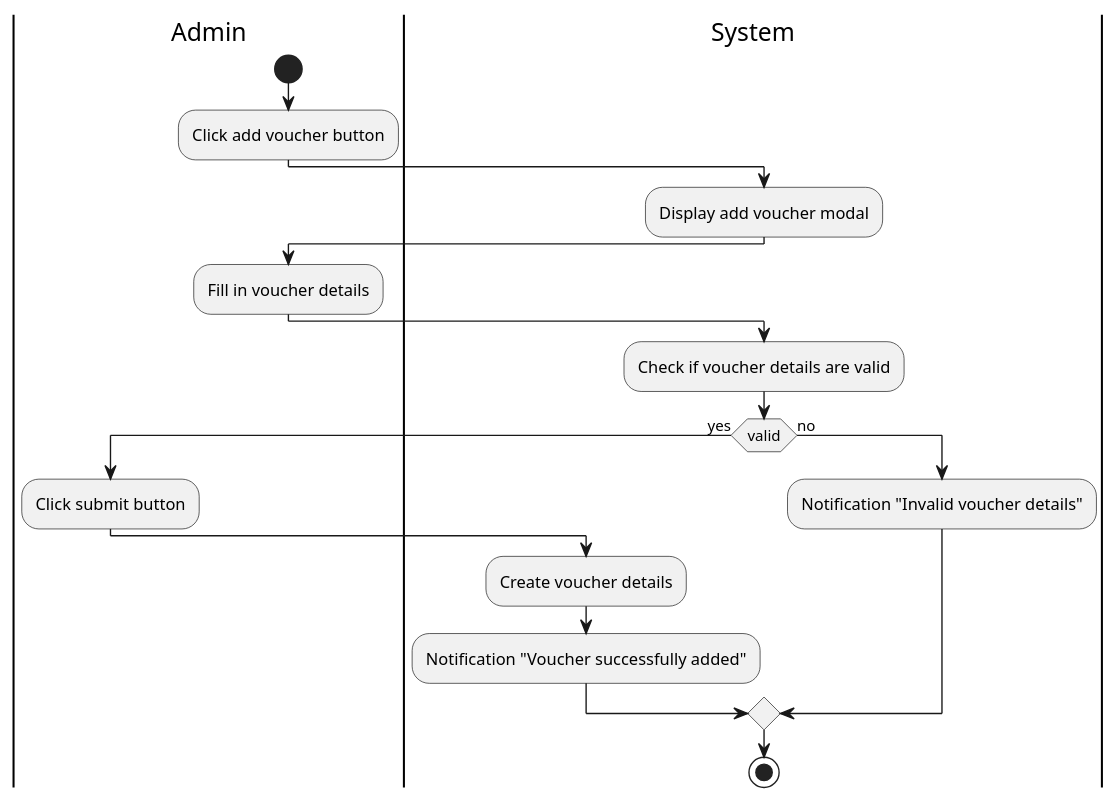
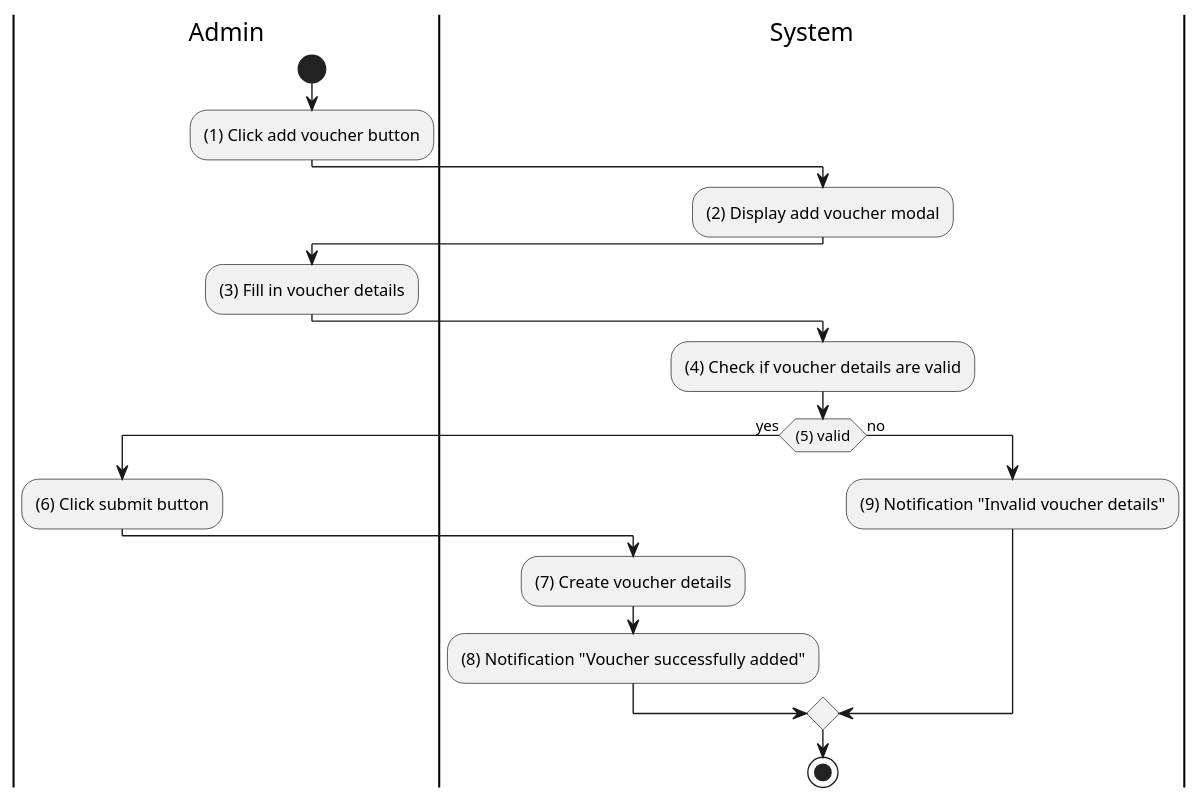
Before and after one commit to tuankietcoderr/SE357-Practice-class: the diagram in Lab1/Lab1.2/Activity/add-voucher.puml, drawn with PlantUML. The commit also changed 10 other files, not shown here.

```diff
--- a/Lab1/Lab1.2/Activity/add-voucher.puml
+++ b/Lab1/Lab1.2/Activity/add-voucher.puml
@@ -1,22 +1,22 @@
 @startuml Add voucher
 |Admin|
 start
-:Click add voucher button;
+:(1) Click add voucher button;
 |System|
-:Display add voucher modal;
+:(2) Display add voucher modal;
 |Admin|
-:Fill in voucher details;
+:(3) Fill in voucher details;
 |System|
-:Check if voucher details are valid;
-if (valid) then (yes)
+:(4) Check if voucher details are valid;
+if ((5) valid) then (yes)
 |Admin|
-:Click submit button;
+:(6) Click submit button;
 |System|
-:Create voucher details;
-:Notification "Voucher successfully added";
+:(7) Create voucher details;
+:(8) Notification "Voucher successfully added";
 else (no)
 |System|
-:Notification "Invalid voucher details";
+:(9) Notification "Invalid voucher details";
 endif
 stop
 @enduml
```
